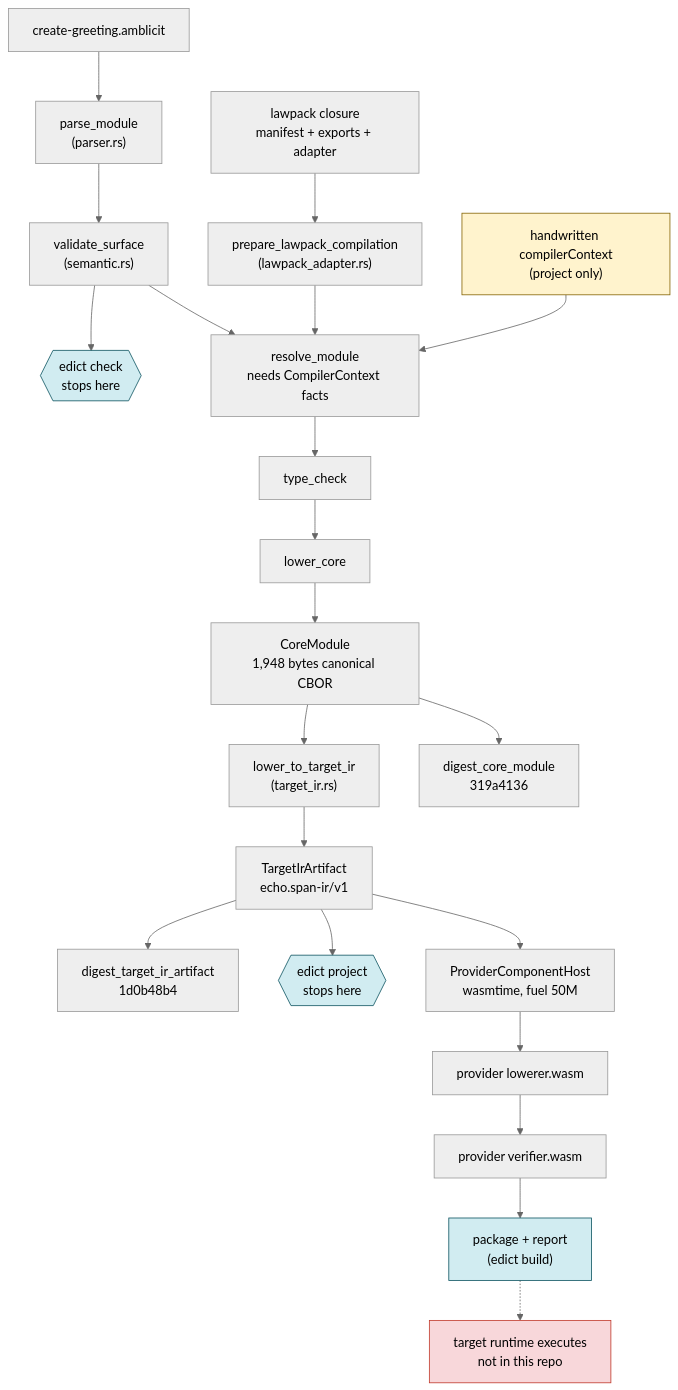
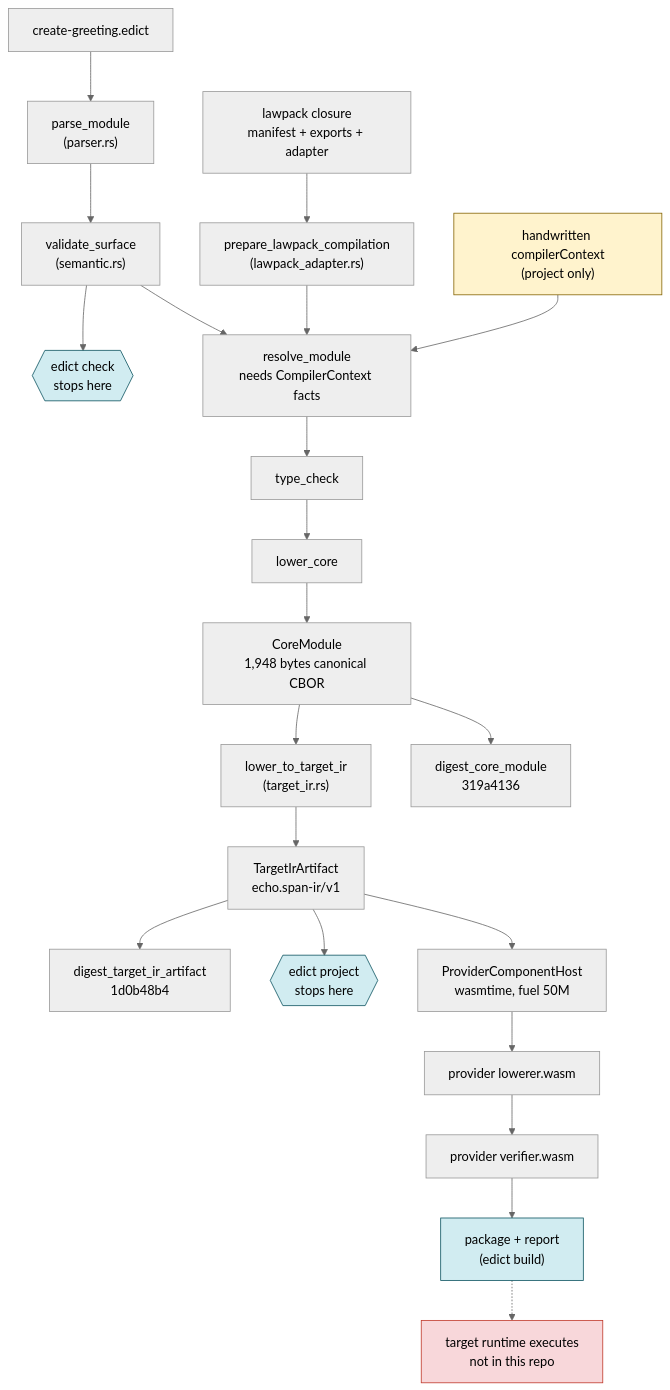
The first of 2 diagrams in docs/EXPLAINER_inside-edict.md (flyingrobots/amblicit), drawn with Mermaid (neutral theme) before and after one commit. The commit also changed other lines of this file, not shown here.

````diff
--- a/docs/EXPLAINER_inside-edict.md
+++ b/docs/EXPLAINER_inside-edict.md
@@ -233,28 +233,28 @@
 ```mermaid
 flowchart TD
-    SRC["create-greeting.amblicit"] --> PARSE["parse_module<br/>(parser.rs)"]
+    SRC["create-greeting.edict"] --> PARSE["parse_module<br/>(parser.rs)"]
     PARSE --> SURF["validate_surface<br/>(semantic.rs)"]
     SURF --> CHECK{{"edict check<br/>stops here"}}
     SURF --> RESOLVE["resolve_module<br/>needs CompilerContext facts"]
     LAW["lawpack closure<br/>manifest + exports + adapter"] --> PREP["prepare_lawpack_compilation<br/>(lawpack_adapter.rs)"]
     PREP --> RESOLVE
     HAND["handwritten compilerContext<br/>(project only)"] --> RESOLVE
     RESOLVE --> TYPE["type_check"]
     TYPE --> LOWER["lower_core"]
     LOWER --> CORE["CoreModule<br/>1,948 bytes canonical CBOR"]
     CORE --> TIR["lower_to_target_ir<br/>(target_ir.rs)"]
     TIR --> TIRA["TargetIrArtifact<br/>echo.span-ir/v1"]
     CORE --> DCORE["digest_core_module<br/>319a4136"]
     TIRA --> DTIR["digest_target_ir_artifact<br/>1d0b48b4"]
     TIRA --> PROJ{{"edict project<br/>stops here"}}
     TIRA --> HOST["ProviderComponentHost<br/>wasmtime, fuel 50M"]
     HOST --> LOWERER["provider lowerer.wasm"]
     LOWERER --> VERIFIER["provider verifier.wasm"]
     VERIFIER --> OUT["package + report<br/>(edict build)"]
     OUT -.-> RUNTIME["target runtime executes<br/>not in this repo"]
     style CHECK fill:#d1ecf1,stroke:#0c5460
     style PROJ fill:#d1ecf1,stroke:#0c5460
     style OUT fill:#d1ecf1,stroke:#0c5460
     style RUNTIME fill:#f8d7da,stroke:#c0392b
     style HAND fill:#fff3cd,stroke:#856404
 ```
````
